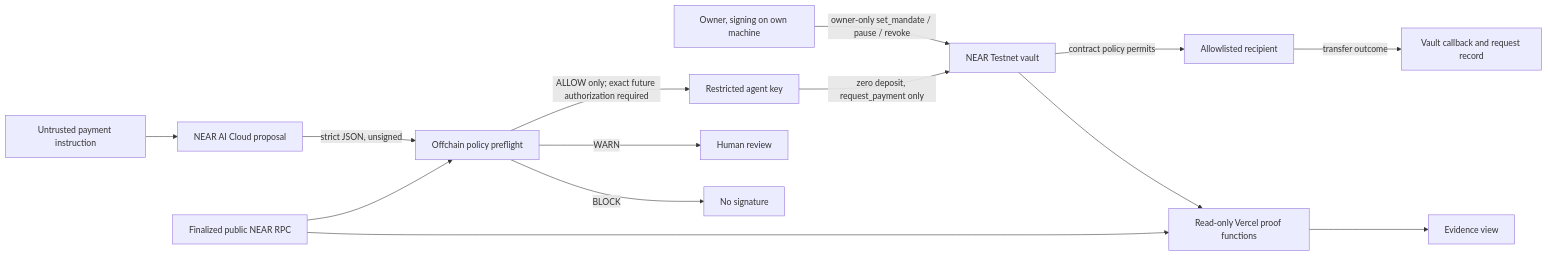
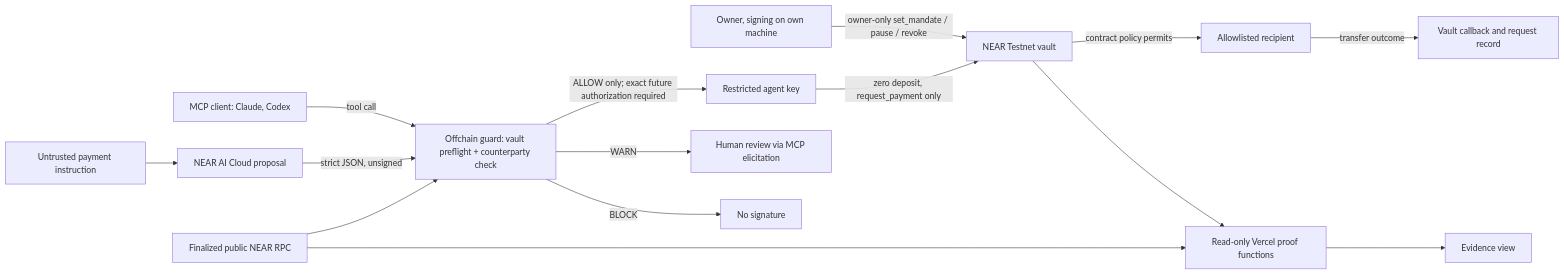
Before and after one commit to 0xNexuz/agentshield: the diagram in docs/ARCHITECTURE_AND_EVIDENCE.md, drawn with Mermaid. The commit also changed other lines of this file and 30 other files, not shown here.

First line of the commit message:
Add a counterparty check and an MCP server; lead with "Trust, but verify"

````diff
--- a/docs/ARCHITECTURE_AND_EVIDENCE.md
+++ b/docs/ARCHITECTURE_AND_EVIDENCE.md
@@ -5,16 +5,17 @@
 ```mermaid
 flowchart LR
   Human[Owner, signing on own machine] -->|owner-only set_mandate / pause / revoke| Vault[NEAR Testnet vault]
   Instruction[Untrusted payment instruction] --> Model[NEAR AI Cloud proposal]
-  Model -->|strict JSON, unsigned| Preflight[Offchain policy preflight]
+  MCP[MCP client: Claude, Codex] -->|tool call| Preflight
+  Model -->|strict JSON, unsigned| Preflight[Offchain guard: vault preflight + counterparty check]
   RPC[Finalized public NEAR RPC] --> Preflight
   Preflight -->|ALLOW only; exact future authorization required| Agent[Restricted agent key]
-  Preflight -->|WARN| HumanApproval[Human review]
+  Preflight -->|WARN| HumanApproval[Human review via MCP elicitation]
   Preflight -->|BLOCK| Stop[No signature]
   Agent -->|zero deposit, request_payment only| Vault
   Vault -->|contract policy permits| Recipient[Allowlisted recipient]
   Recipient -->|transfer outcome| Callback[Vault callback and request record]
   Vault --> Proof[Read-only Vercel proof functions]
   RPC --> Proof
   Proof --> Browser[Evidence view]
 ```
````
